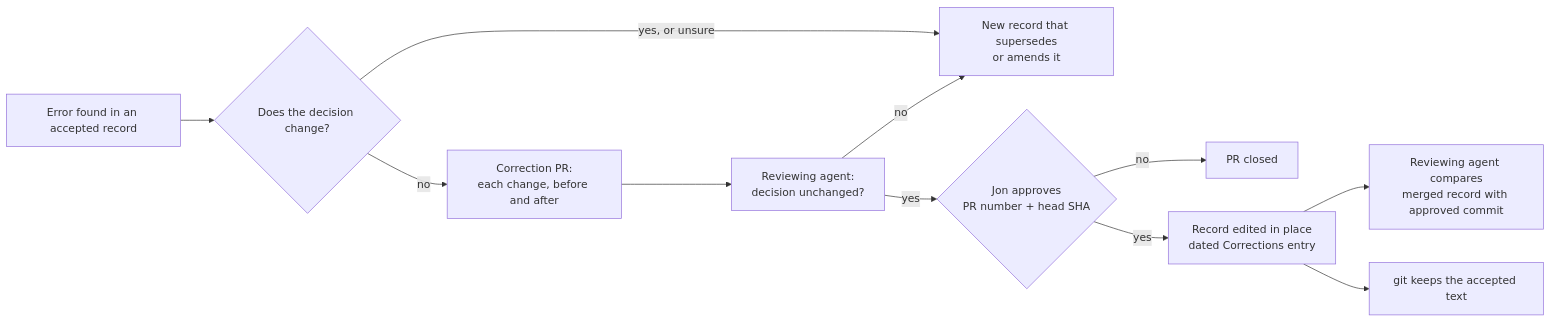
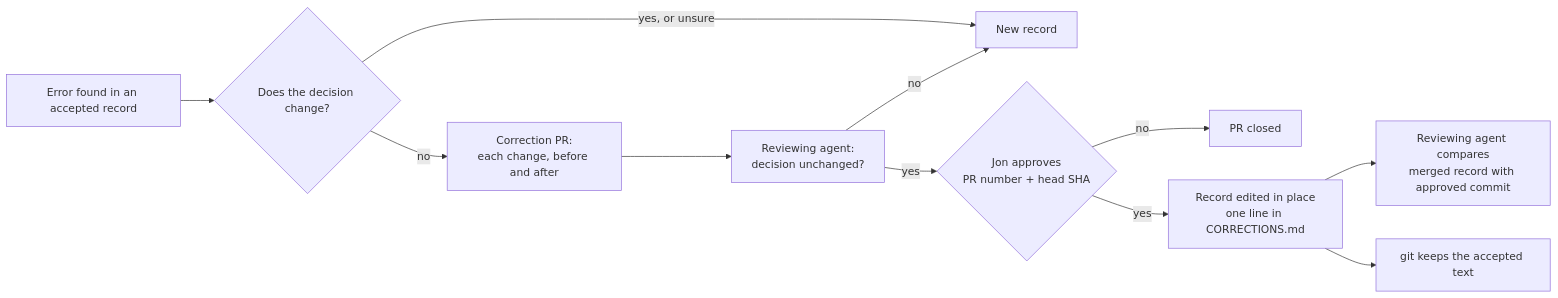
The diagram in docs/decisions/0006-allow-corrections-to-accepted-records.md (jonhill90/central-hub), drawn with Mermaid before and after one commit. The commit also changed other lines of this file and 23 other files, not shown here.

First line of the commit message:
docs: fix records in place and log corrections in one file

````diff
--- a/docs/decisions/0006-allow-corrections-to-accepted-records.md
+++ b/docs/decisions/0006-allow-corrections-to-accepted-records.md
@@ -54,13 +52,13 @@
 ```mermaid
 flowchart LR
   E[Error found in an accepted record] --> Q{Does the decision change?}
-  Q -- yes, or unsure --> N[New record that supersedes<br/>or amends it]
+  Q -- yes, or unsure --> N[New record]
   Q -- no --> P[Correction PR:<br/>each change, before and after]
   P --> R[Reviewing agent:<br/>decision unchanged?]
   R -- no --> N
   R -- yes --> J{Jon approves<br/>PR number + head SHA}
   J -- no --> X[PR closed]
-  J -- yes --> C[Record edited in place<br/>dated Corrections entry]
+  J -- yes --> C[Record edited in place<br/>one line in CORRECTIONS.md]
   C --> V[Reviewing agent compares<br/>merged record with approved commit]
   C --> G[git keeps the accepted text]
 ```
````
